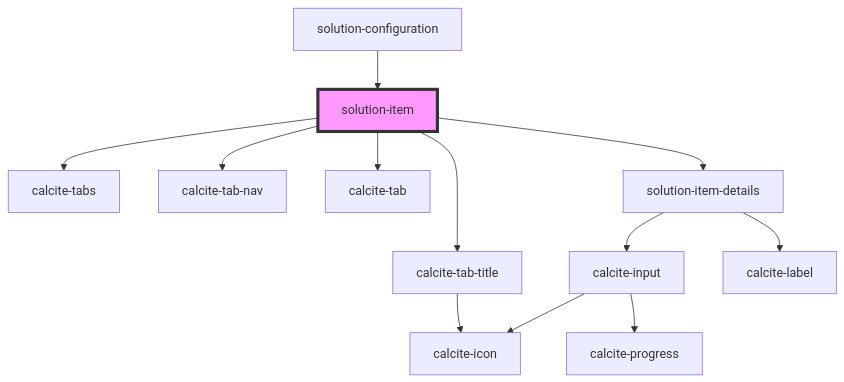
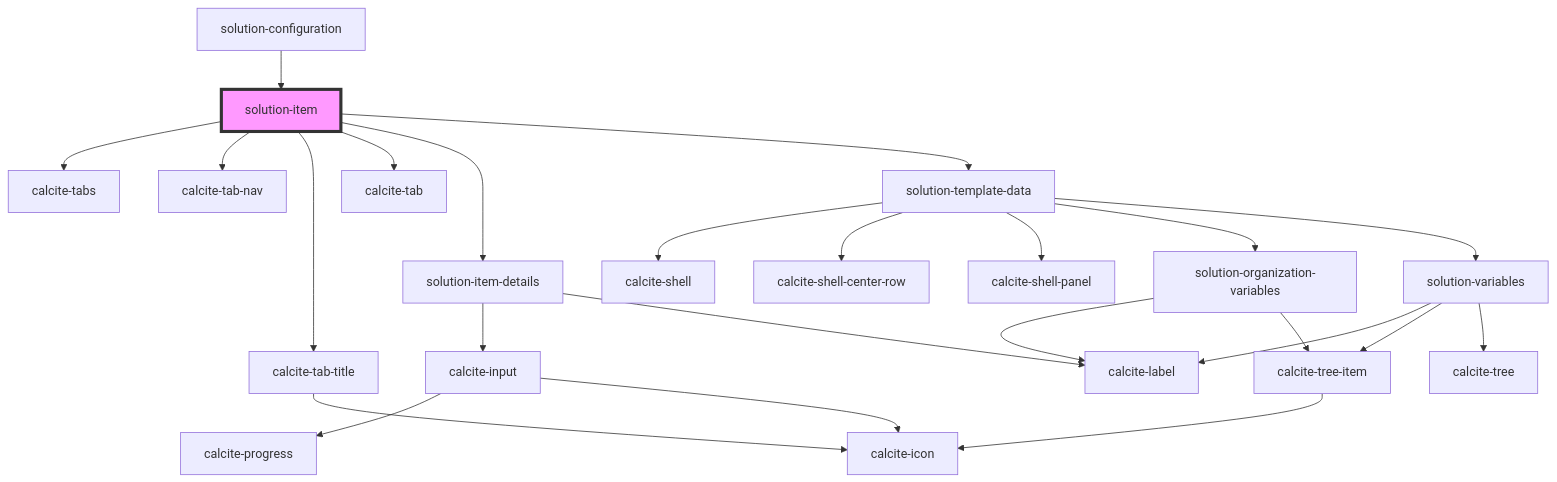
Before and after one commit to Esri/solutions-components: the diagram in src/components/solution-item/readme.md, drawn with Mermaid. The commit also changed other lines of this file and 15 other files, not shown here.

````diff
--- a/src/components/solution-item/readme.md
+++ b/src/components/solution-item/readme.md
@@ -31,15 +32,27 @@
 ```mermaid
 graph TD;
   solution-item --> calcite-tabs
   solution-item --> calcite-tab-nav
   solution-item --> calcite-tab-title
   solution-item --> calcite-tab
   solution-item --> solution-item-details
+  solution-item --> solution-template-data
   calcite-tab-title --> calcite-icon
   solution-item-details --> calcite-input
   solution-item-details --> calcite-label
   calcite-input --> calcite-progress
   calcite-input --> calcite-icon
+  solution-template-data --> calcite-shell
+  solution-template-data --> calcite-shell-center-row
+  solution-template-data --> calcite-shell-panel
+  solution-template-data --> solution-organization-variables
+  solution-template-data --> solution-variables
+  solution-organization-variables --> calcite-label
+  solution-organization-variables --> calcite-tree-item
+  calcite-tree-item --> calcite-icon
+  solution-variables --> calcite-label
+  solution-variables --> calcite-tree-item
+  solution-variables --> calcite-tree
   solution-configuration --> solution-item
   style solution-item fill:#f9f,stroke:#333,stroke-width:4px
 ```
````
